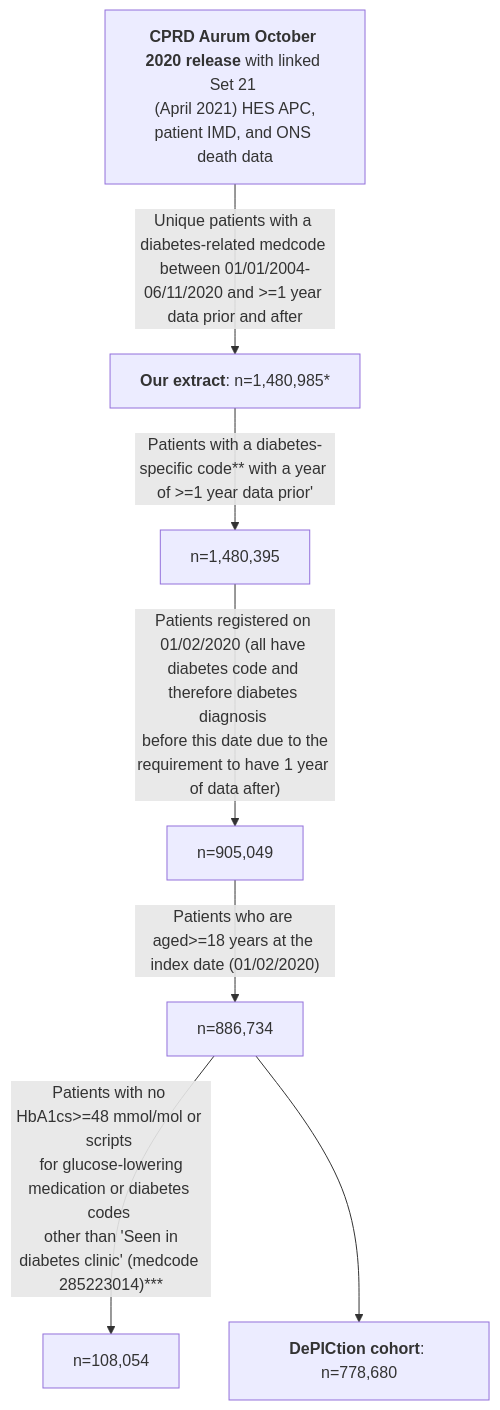
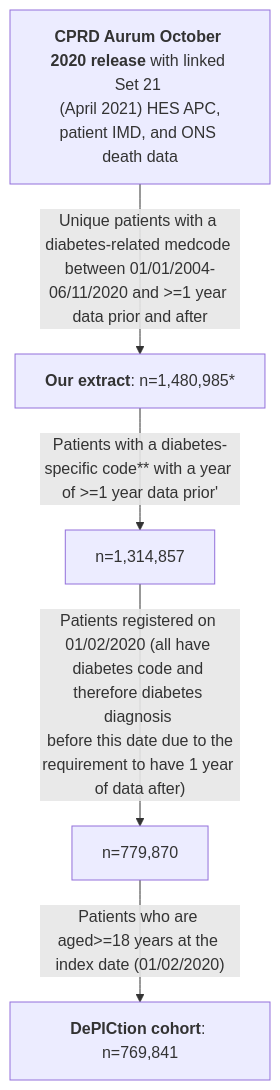
One commit to Exeter-Diabetes/CPRD-Katie-DePICtion-Scripts changed the first of 2 diagrams in README.md. Above: the diagram before and after it, drawn with Mermaid. The commit also changed other lines of this file, not shown here.

````diff
--- a/README.md
+++ b/README.md
@@ -9,9 +9,7 @@
 ```mermaid
 graph TD;
     A["<b>CPRD Aurum October 2020 release</b> with linked Set 21 <br> (April 2021) HES APC, patient IMD, and ONS death data"] --> |"Unique patients with a diabetes-related medcode between 01/01/2004-06/11/2020 and >=1 year data prior and after"| B["<b>Our extract</b>: n=1,480,985*"]
-    B -->|"Patients with a diabetes-specific code** with a year of >=1 year data prior'"|C["n=1,480,395"]
-    C -->|"Patients registered on 01/02/2020 (all have diabetes code and therefore diabetes diagnosis <br> before this date due to the requirement to have 1 year of data after)"|D["n=905,049"]
-    D -->|"Patients who are aged>=18 years at the index date (01/02/2020)"|E["n=886,734"]
-    E -->|"Patients with no HbA1cs>=48 mmol/mol or scripts <br> for glucose-lowering medication or diabetes codes <br> other than 'Seen in diabetes clinic' (medcode 285223014)***"|G["n=108,054"]
-    E --> F["<b>DePICtion cohort</b>: n=778,680"]
+    B -->|"Patients with a diabetes-specific code** with a year of >=1 year data prior'"|C["n=1,314,857"]
+    C -->|"Patients registered on 01/02/2020 (all have diabetes code and therefore diabetes diagnosis <br> before this date due to the requirement to have 1 year of data after)"|D["n=779,870"]
+    D -->|"Patients who are aged>=18 years at the index date (01/02/2020)"|E["<b>DePICtion cohort</b>: n=769,841"]
 ```
````
